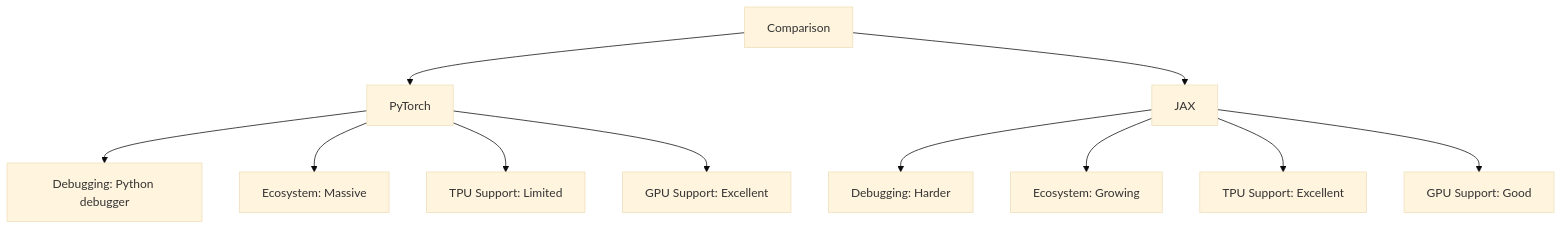
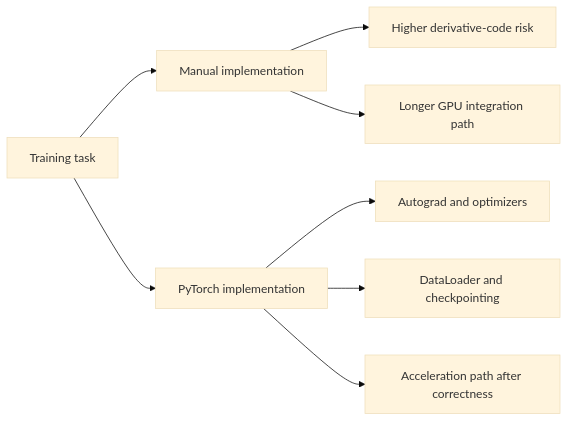
The seventh of 7 diagrams in src/content/docs/ai-ml-engineering/deep-learning/module-1.3-training-neural-networks.md (krisztiankoos/kubedojo), drawn with Mermaid (base theme) before and after one commit. The commit also changed other lines of this file, not shown here.

First line of the commit message:
quality(rewrite): codex rewrite ai-ml-engineering-deep-learning-module-1.3-training-neural-networks (attempt 0a7fa69e6939)

````diff
--- a/src/content/docs/ai-ml-engineering/deep-learning/module-1.3-training-neural-networks.md
+++ b/src/content/docs/ai-ml-engineering/deep-learning/module-1.3-training-neural-networks.md
@@ -1769,15 +822,10 @@
 ```mermaid
-graph TD
-    Compare[Comparison] --> PT[PyTorch]
-    Compare --> JX[JAX]
-    
-    PT --> D1[Debugging: Python debugger]
-    PT --> E1[Ecosystem: Massive]
-    PT --> T1[TPU Support: Limited]
-    PT --> G1[GPU Support: Excellent]
-    
-    JX --> D2[Debugging: Harder]
-    JX --> E2[Ecosystem: Growing]
-    JX --> T2[TPU Support: Excellent]
-    JX --> G2[GPU Support: Good]
+graph LR
+    Task[Training task] --> Manual[Manual implementation]
+    Task --> Framework[PyTorch implementation]
+    Manual --> Risk1[Higher derivative-code risk]
+    Manual --> Risk2[Longer GPU integration path]
+    Framework --> Benefit1[Autograd and optimizers]
+    Framework --> Benefit2[DataLoader and checkpointing]
+    Framework --> Benefit3[Acceleration path after correctness]
 ```
````
